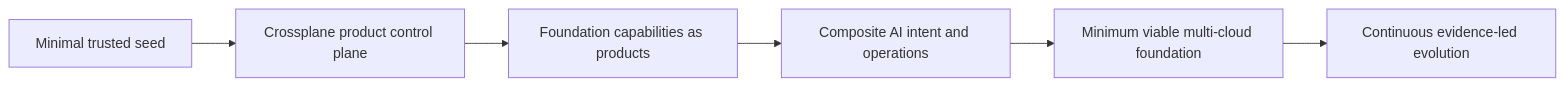
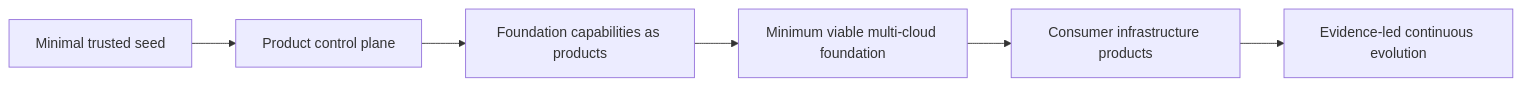
Before and after one commit to SAABOLImpactVenture/ai-powered-infrastructure-as-a-product: the third of 4 diagrams in README.md, drawn with Mermaid. The commit also changed other lines of this file and 1052 other files, not shown here.

First line of the commit message:
Supersede legacy accelerator stack with modern IaaP reference architecture (#91)

````diff
--- a/README.md
+++ b/README.md
@@ -106,8 +80,8 @@
 ```mermaid
 flowchart LR
-  B1[Minimal trusted seed] --> B2[Crossplane product control plane]
-  B2 --> B3[Foundation capabilities as products]
-  B3 --> B4[Composite AI intent and operations]
-  B4 --> B5[Minimum viable multi-cloud foundation]
-  B5 --> B6[Continuous evidence-led evolution]
+  S[Minimal trusted seed] --> P[Product control plane]
+  P --> F[Foundation capabilities as products]
+  F --> M[Minimum viable multi-cloud foundation]
+  M --> C[Consumer infrastructure products]
+  C --> E[Evidence-led continuous evolution]
 ```
````
